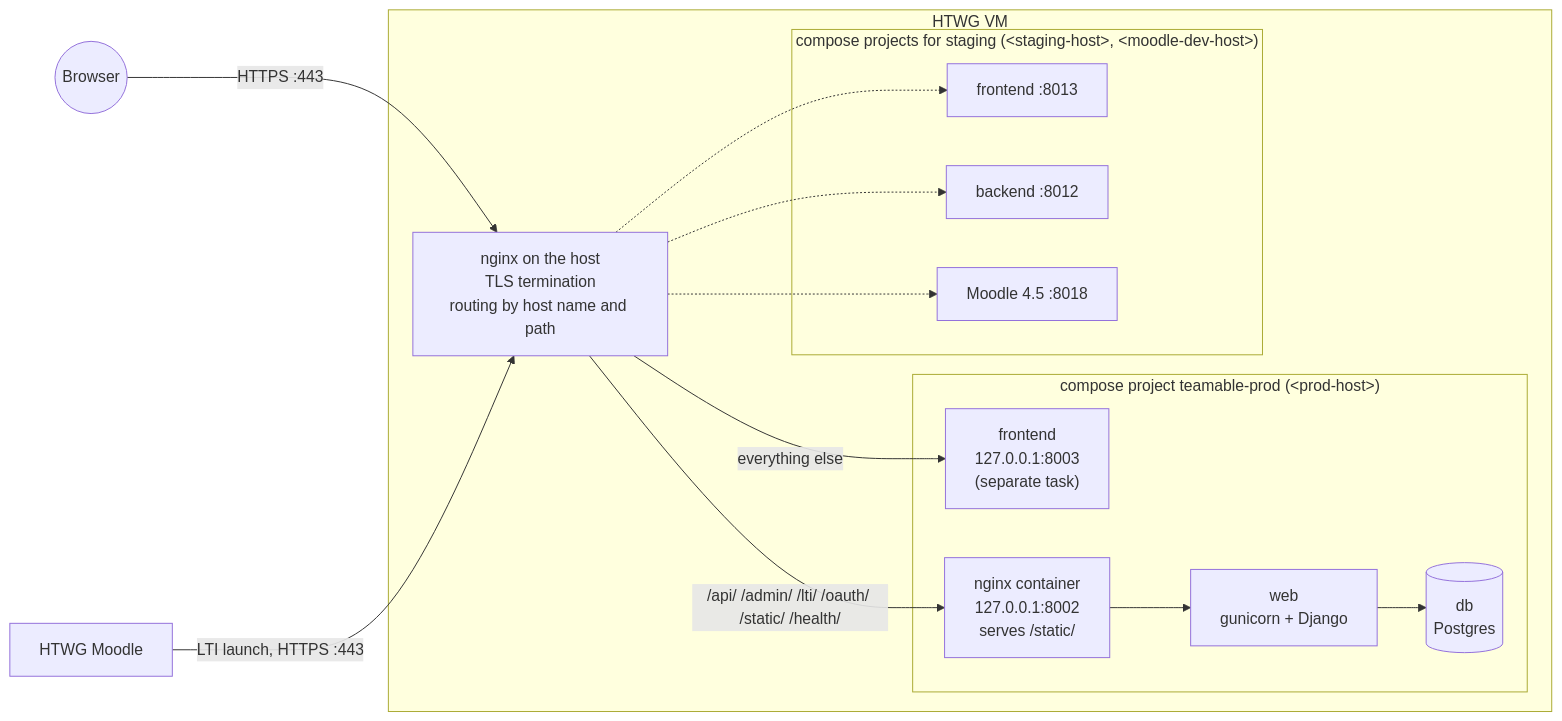
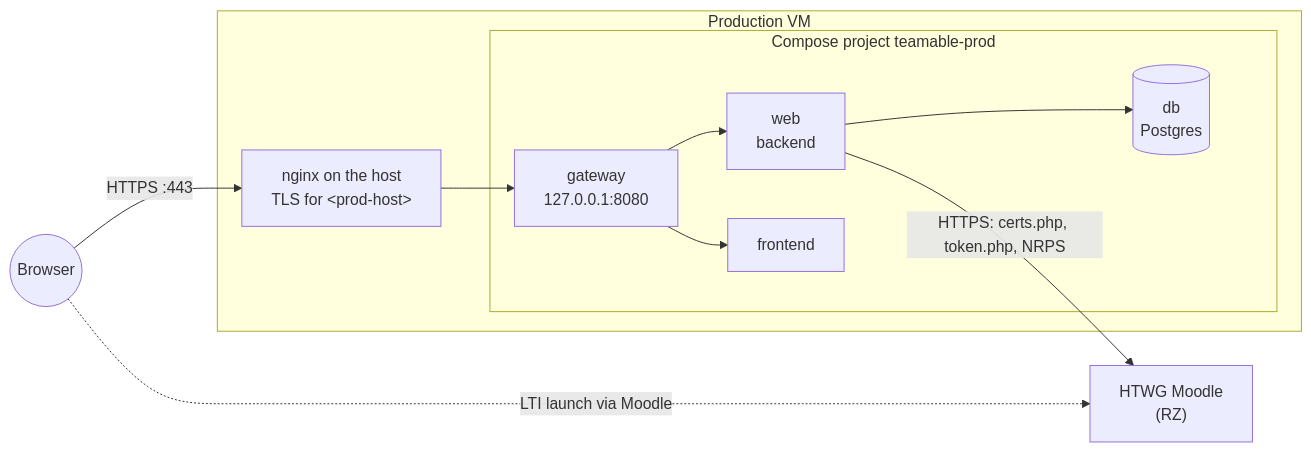
One commit to Teamprojekt-MSI-BIT-SS26/documentation changed the diagram in docs/umsetzung/Deployment/production-plan.md. Above: the diagram before and after it, drawn with Mermaid. The commit also changed other lines of this file, not shown here.

First line of the commit message:
Rewrite production plan on top of the dev VM setup

````diff
--- a/docs/umsetzung/Deployment/production-plan.md
+++ b/docs/umsetzung/Deployment/production-plan.md
@@ -31,29 +19,23 @@
 ```mermaid
 flowchart LR
     Browser((Browser)) -->|HTTPS :443| HN
-    Moodle["HTWG Moodle"] -->|LTI launch, HTTPS :443| HN
+    HM["HTWG Moodle<br/>(RZ)"]
+    Browser -.->|LTI launch via Moodle| HM
 
-    subgraph VM["HTWG VM"]
-        HN["nginx on the host<br/>TLS termination<br/>routing by host name and path"]
+    subgraph VM["Production VM"]
+        HN["nginx on the host<br/>TLS for &lt;prod-host&gt;"]
 
-        subgraph PROD["compose project teamable-prod (&lt;prod-host&gt;)"]
-            PFE["frontend<br/>127.0.0.1:8003<br/>(separate task)"]
-            PNG["nginx container<br/>127.0.0.1:8002<br/>serves /static/"]
-            PWEB["web<br/>gunicorn + Django"]
-            PDB[("db<br/>Postgres")]
-            PNG --> PWEB --> PDB
+        subgraph STACK["Compose project teamable-prod"]
+            GW["gateway<br/>127.0.0.1:8080"]
+            WEB["web<br/>backend"]
+            DB[("db<br/>Postgres")]
+            FE["frontend"]
+            GW --> WEB --> DB
+            GW --> FE
         end
 
-        subgraph STG["compose projects for staging (&lt;staging-host&gt;, &lt;moodle-dev-host&gt;)"]
-            SFE["frontend :8013"]
-            SBE["backend :8012"]
-            SMO["Moodle 4.5 :8018"]
-        end
+        HN --> GW
+    end
 
-        HN -->|"/api/ /admin/ /lti/ /oauth/ /static/ /health/"| PNG
-        HN -->|"everything else"| PFE
-        HN -.-> SFE
-        HN -.-> SBE
-        HN -.-> SMO
-    end
+    WEB -->|"HTTPS: certs.php, token.php, NRPS"| HM
 ```
````
